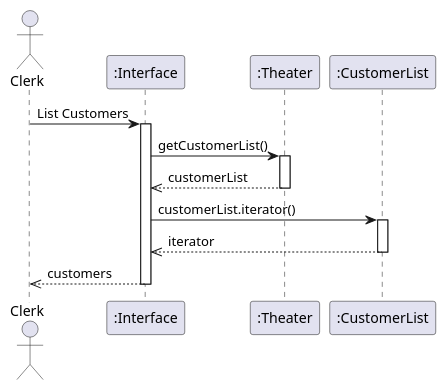
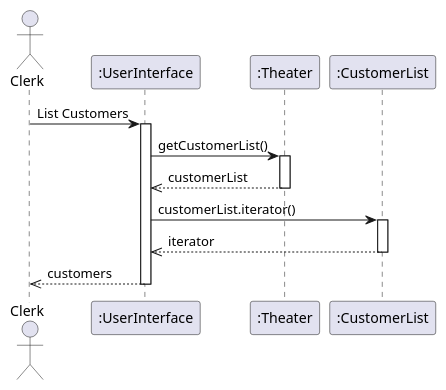
Before and after one commit to FreezeWarp/372Groupwork: the diagram in src/SequenceDiagrams/ListCustomers.pu, drawn with PlantUML. The commit also changed 17 other files, not shown here.

First line of the commit message:
Rename Interface to UserInterface

```diff
--- a/src/SequenceDiagrams/ListCustomers.pu
+++ b/src/SequenceDiagrams/ListCustomers.pu
@@ -1,18 +1,18 @@
 @startuml
 
 actor Clerk
 
-Clerk -> ":Interface" : List Customers
-activate ":Interface"
+Clerk -> ":UserInterface" : List Customers
+activate ":UserInterface"
 
-":Interface" -> ":Theater" : getCustomerList()
+":UserInterface" -> ":Theater" : getCustomerList()
 activate ":Theater"
-":Theater" -->> ":Interface": customerList
+":Theater" -->> ":UserInterface": customerList
 deactivate ":Theater"
-":Interface" -> ":CustomerList": customerList.iterator()
+":UserInterface" -> ":CustomerList": customerList.iterator()
 activate ":CustomerList"
-":CustomerList" -->> ":Interface": iterator
+":CustomerList" -->> ":UserInterface": iterator
 deactivate ":CustomerList"
-":Interface" -->> Clerk: customers
-deactivate ":Interface"
+":UserInterface" -->> Clerk: customers
+deactivate ":UserInterface"
 @enduml
```
